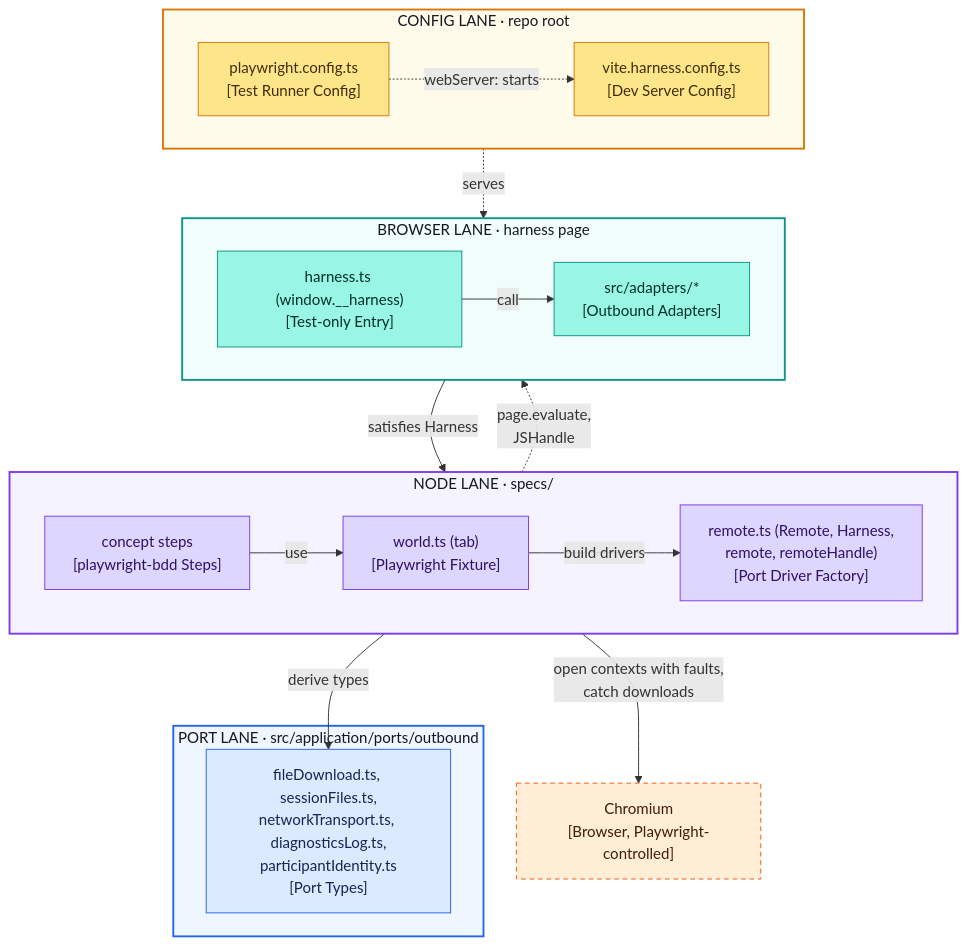
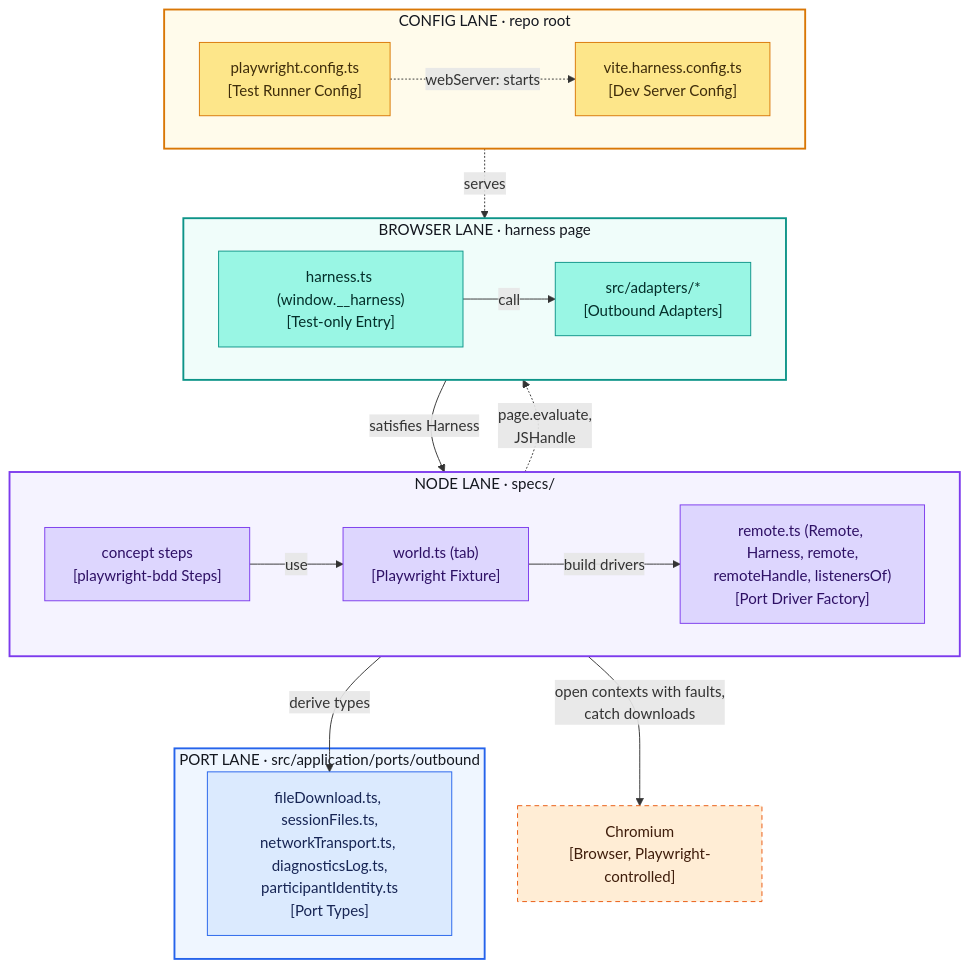
One commit to cfisch3r/estimate changed the first of 3 diagrams in docs/technical/concepts/integration-testing.md. Above: the diagram before and after it, drawn with Mermaid. The commit also changed other lines of this file and 11 other files, not shown here.

````diff
--- a/docs/technical/concepts/integration-testing.md
+++ b/docs/technical/concepts/integration-testing.md
@@ -22,54 +22,54 @@
 ```mermaid
 flowchart TD
   subgraph nodelane["NODE LANE · specs/"]
     direction LR
     Steps["concept steps<br/>[playwright-bdd Steps]"]
     World["world.ts (tab)<br/>[Playwright Fixture]"]
-    Remote["remote.ts (Remote, Harness,<br/>remote, remoteHandle)<br/>[Port Driver Factory]"]
+    Remote["remote.ts (Remote, Harness, remote,<br/>remoteHandle, listenersOf)<br/>[Port Driver Factory]"]
   end
 
   subgraph configlane["CONFIG LANE · repo root"]
     direction LR
     PWConfig["playwright.config.ts<br/>[Test Runner Config]"]
     HarnessConfig["vite.harness.config.ts<br/>[Dev Server Config]"]
   end
 
   subgraph browserlane["BROWSER LANE · harness page"]
     direction LR
     Harness["harness.ts (window.__harness)<br/>[Test-only Entry]"]
     Adapters["src/adapters/*<br/>[Outbound Adapters]"]
   end
 
   subgraph portlane["PORT LANE · src/application/ports/outbound"]
     Ports["fileDownload.ts, sessionFiles.ts,<br/>networkTransport.ts, diagnosticsLog.ts,<br/>participantIdentity.ts<br/>[Port Types]"]
   end
 
   Chromium["Chromium<br/>[Browser, Playwright-controlled]"]
 
   Steps -->|"use"| World
   World -->|"build drivers"| Remote
   Remote -.->|"page.evaluate,<br/>JSHandle"| Harness
   Harness -->|"call"| Adapters
   Harness -->|"satisfies Harness"| Remote
   Remote -->|"derive types"| Ports
   World -->|"open contexts with faults,<br/>catch downloads"| Chromium
   PWConfig -.->|"webServer: starts"| HarnessConfig
   HarnessConfig -.->|"serves"| Harness
 
   classDef node  fill:#DDD6FE,stroke:#7C3AED,color:#2E1065
   classDef cfg   fill:#FDE68A,stroke:#D97706,color:#3F2D0B
   classDef brw   fill:#99F6E4,stroke:#0D9488,color:#042F2A
   classDef port  fill:#DBEAFE,stroke:#2563EB,color:#172554
   classDef ext   fill:#FFEDD5,stroke:#EA580C,color:#3F1D0B,stroke-dasharray:5 4
 
   class Steps,World,Remote node
   class PWConfig,HarnessConfig cfg
   class Harness,Adapters brw
   class Ports port
   class Chromium ext
 
   style nodelane fill:#F5F3FF,stroke:#7C3AED,stroke-width:2px,color:#14171f
   style configlane fill:#FFFBEB,stroke:#D97706,stroke-width:2px,color:#14171f
   style browserlane fill:#F0FDFA,stroke:#0D9488,stroke-width:2px,color:#14171f
   style portlane fill:#EFF6FF,stroke:#2563EB,stroke-width:2px,color:#14171f
 ```
````
